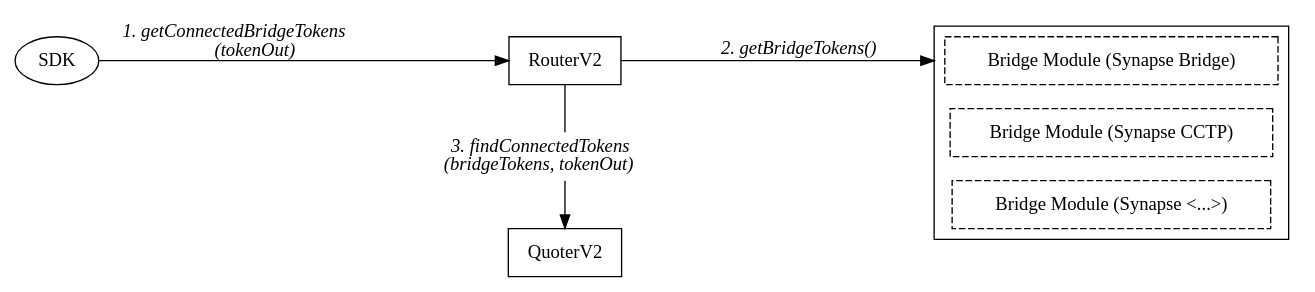
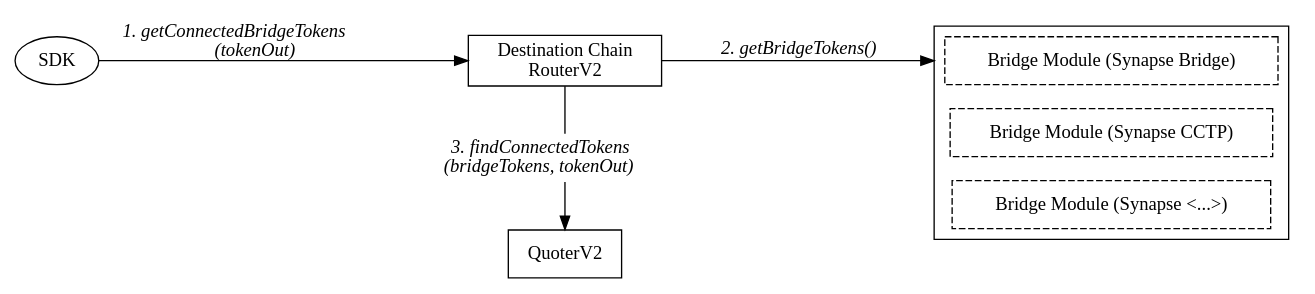
One commit to synapsecns/synapse-contracts changed the diagram in contracts/router/docs/quote1_calls.dot. Above: the diagram before and after it, drawn with Graphviz. The commit also changed 4 other files, not shown here.

Commit message:
Chore: better "first quote step" diagrams

```diff
--- a/contracts/router/docs/quote1_calls.dot
+++ b/contracts/router/docs/quote1_calls.dot
@@ -1,26 +1,26 @@
 digraph {
     compound = true;
     
     sdk [label = "SDK";];
-    router [label = "RouterV2";shape = rect;];
+    router [label = "Destination Chain\nRouterV2";shape = rect;];
     findConnectedTokens [label = <<I>3. findConnectedTokens<br></br>(bridgeTokens, tokenOut)</I>>;shape = none;];
     quoter [label = "QuoterV2";shape = rect;];
     
     rankdir = "LR";
     sdk -> router [label = <<I>1. getConnectedBridgeTokens<br></br>(tokenOut)</I>>;];
     
     subgraph cluster1 {
         node [shape = rect; style = dashed;];
         module1 [label = "Bridge Module (Synapse Bridge)";];
         module2 [label = "Bridge Module (Synapse CCTP)";];
         module3 [label = "Bridge Module (Synapse <...>)";];
     }
     
     subgraph {
         rank = same;
         router -> findConnectedTokens [dir = none;];
         findConnectedTokens -> quoter;
     }
     
     router -> module1 [label = <<I>2. getBridgeTokens()</I>>; lhead = cluster1;];
 }
```
